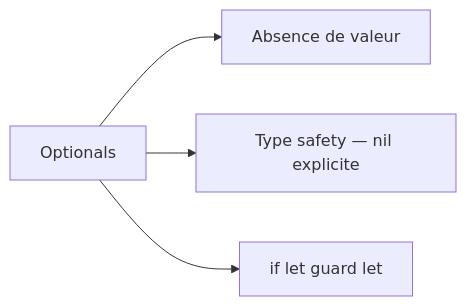
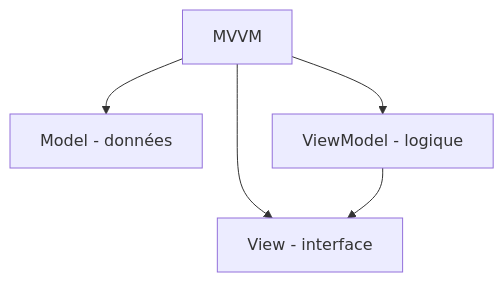
One commit to zyrass/omnydocs changed diagram 20 of 45 in docs/glossaire/developpement-mobile.md. Above: the diagram before and after it, drawn with Mermaid. The commit also changed other lines of this file and 959 other files, not shown here.

````diff
--- a/docs/glossaire/developpement-mobile.md
+++ b/docs/glossaire/developpement-mobile.md
@@ -689,6 +741,7 @@
-    ```mermaid
-    graph LR
-        A[Optionals] --> B[Absence de valeur]
-        A --> C[Type safety — nil explicite]
-        A --> D[if let guard let]
-    ```
+```mermaid
+flowchart TB
+    A[MVVM] --> B["Model - données"]
+    A --> C["View - interface"]
+    A --> D["ViewModel - logique"]
+    D --> C
+```
````
